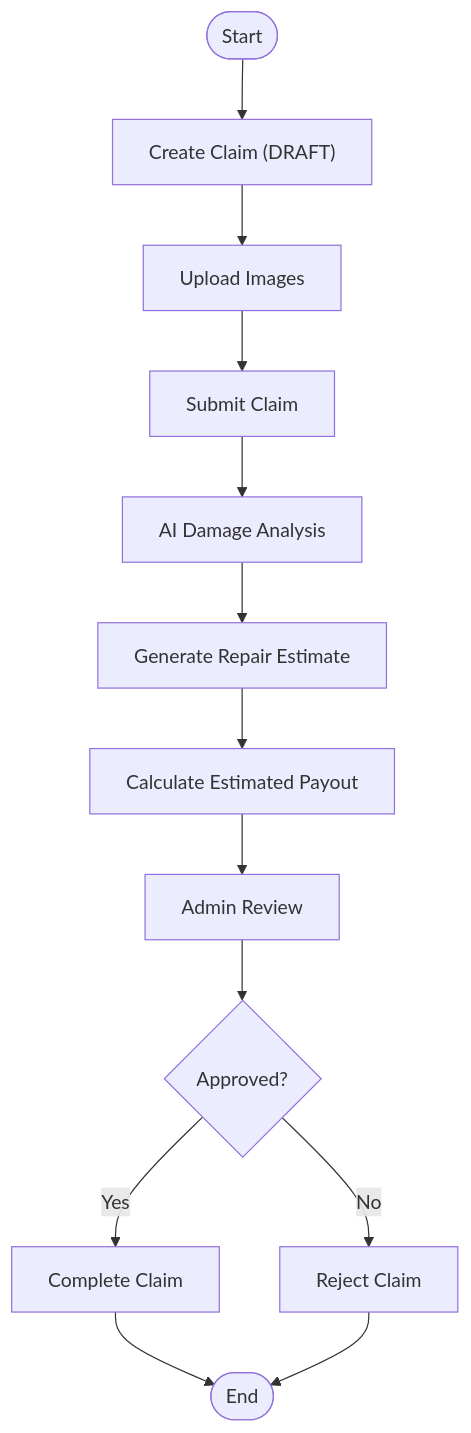
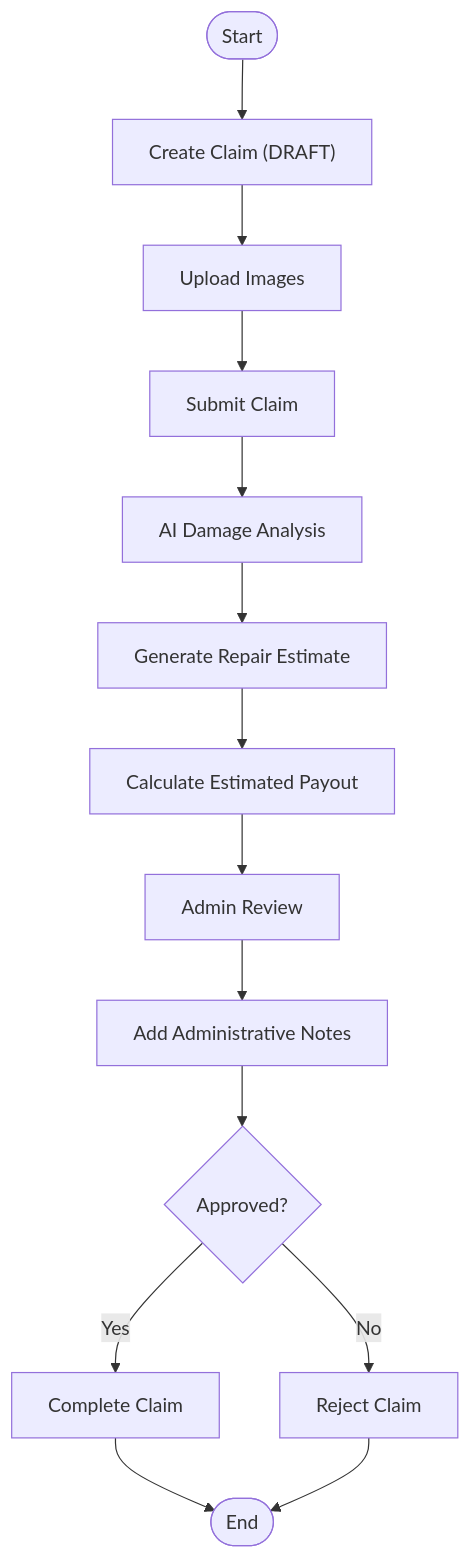
One commit to NaveenHiranya/Smart-Vehicle-Insurance-Claim-System changed the sixth of 8 diagrams in .qoder/repowiki/en/content/Backend Documentation/API Endpoints Reference/Claims Processing Endpoints.md. Above: the diagram before and after it, drawn with Mermaid. The commit also changed other lines of this file and 9 other files, not shown here.

````diff
--- a/.qoder/repowiki/en/content/Backend Documentation/API Endpoints Reference/Claims Processing Endpoints.md
+++ b/.qoder/repowiki/en/content/Backend Documentation/API Endpoints Reference/Claims Processing Endpoints.md
@@ -462,15 +502,16 @@
 ```mermaid
 flowchart TD
 Start(["Start"]) --> Create["Create Claim (DRAFT)"]
 Create --> UploadImages["Upload Images"]
 UploadImages --> Submit["Submit Claim"]
 Submit --> Analyze["AI Damage Analysis"]
 Analyze --> Estimate["Generate Repair Estimate"]
 Estimate --> Payout["Calculate Estimated Payout"]
 Payout --> Review["Admin Review"]
-Review --> Approve{"Approved?"}
+Review --> AddNotes["Add Administrative Notes"]
+AddNotes --> Approve{"Approved?"}
 Approve --> |Yes| Complete["Complete Claim"]
 Approve --> |No| Reject["Reject Claim"]
 Complete --> End(["End"])
 Reject --> End
 ```
````
